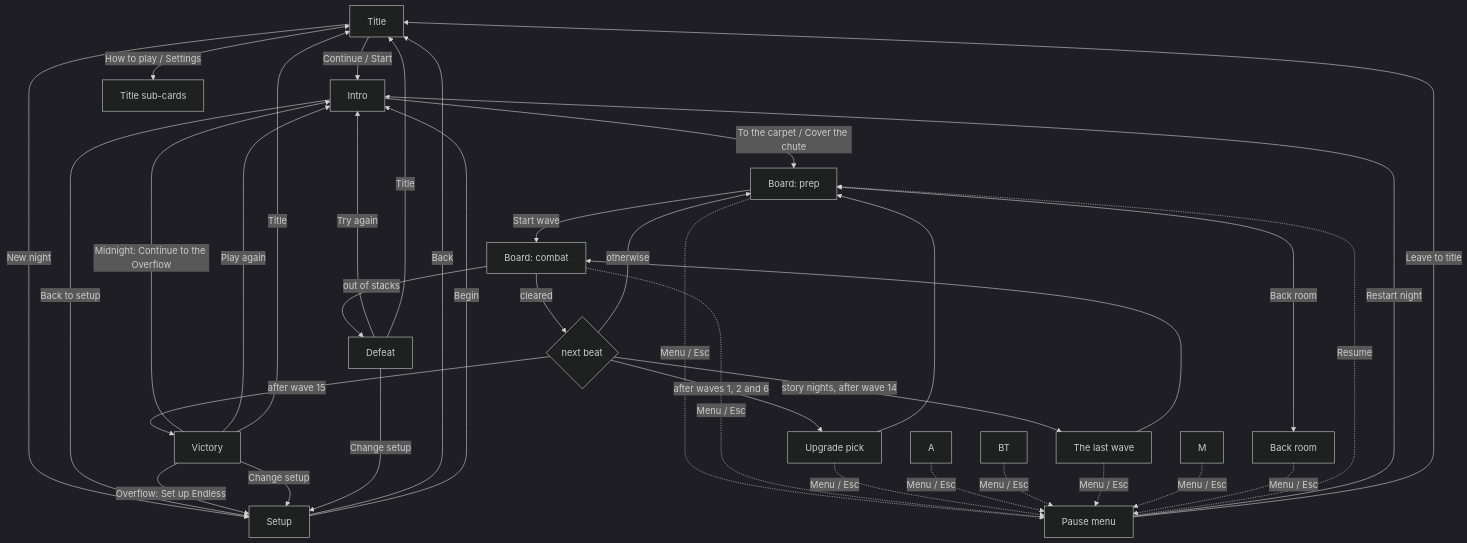
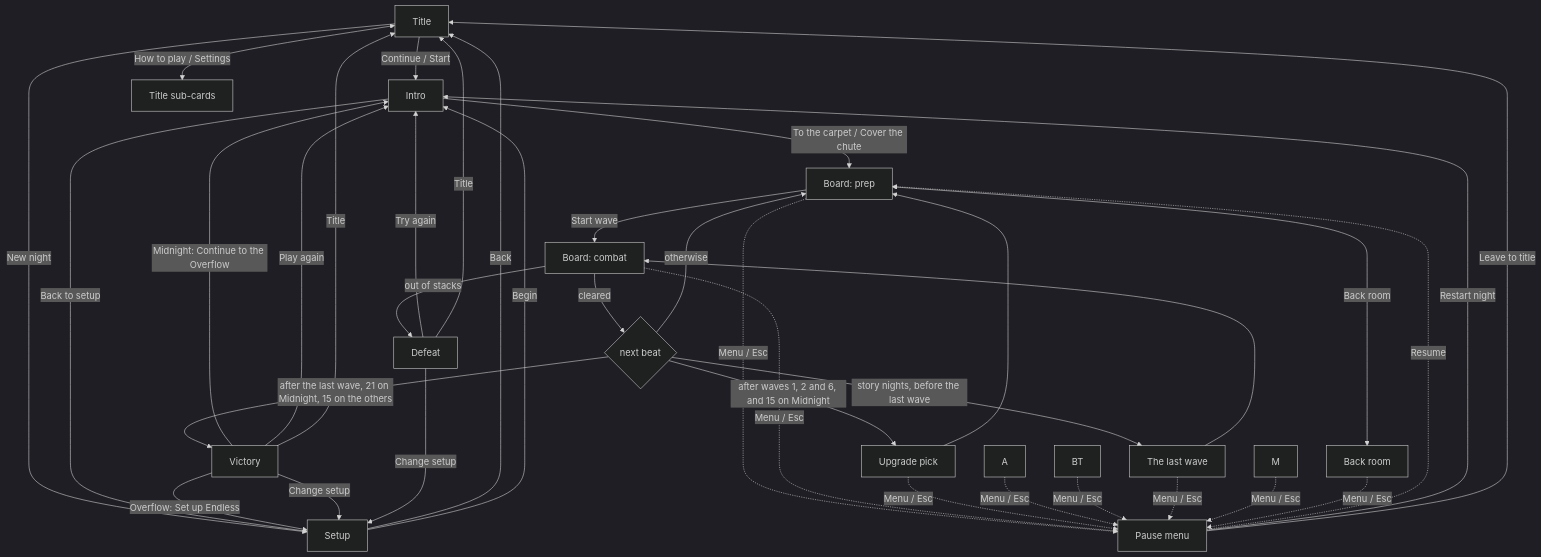
Before and after one commit to Jorthalion/melongeddon_v1: the diagram in docs/menu-navigation.md, drawn with Mermaid (dark theme). The commit also changed other lines of this file and 2 other files, not shown here.

Commit message:
Midnight is 21 waves: fix the title screen line and the two docs that still said 15

````diff
--- a/docs/menu-navigation.md
+++ b/docs/menu-navigation.md
@@ -71,28 +71,28 @@
 ```mermaid
 flowchart TD
   T[Title] -->|Continue / Start| I[Intro]
   T -->|New night| S[Setup]
   T <-->|How to play / Settings| C[Title sub-cards]
   S -->|Back| T
   S -->|Begin| I
   I -->|Back to setup| S
   I -->|To the carpet / Cover the chute| P[Board: prep]
   P -->|Start wave| W[Board: combat]
   P <-->|Back room| B[Back room]
   W -->|cleared| X{next beat}
-  X -->|after waves 1, 2 and 6| U[Upgrade pick] --> P
-  X -->|story nights, after wave 14| CQ[The last wave] --> W
+  X -->|after waves 1, 2 and 6, and 15 on Midnight| U[Upgrade pick] --> P
+  X -->|story nights, before the last wave| CQ[The last wave] --> W
   X -->|otherwise| P
-  X -->|after wave 15| V[Victory]
+  X -->|after the last wave, 21 on Midnight, 15 on the others| V[Victory]
   W -->|out of stacks| D[Defeat]
   P & W & U & A & BT & CQ & M & B -.->|Menu / Esc| PM[Pause menu]
   PM -.->|Resume| P
   PM -->|Restart night| I
   PM -->|Leave to title| T
   V -->|Midnight: Continue to the Overflow| I
   V -->|Overflow: Set up Endless| S
   V -->|Play again| I
   D -->|Try again| I
   V & D -->|Change setup| S
   V & D -->|Title| T
 ```
````
